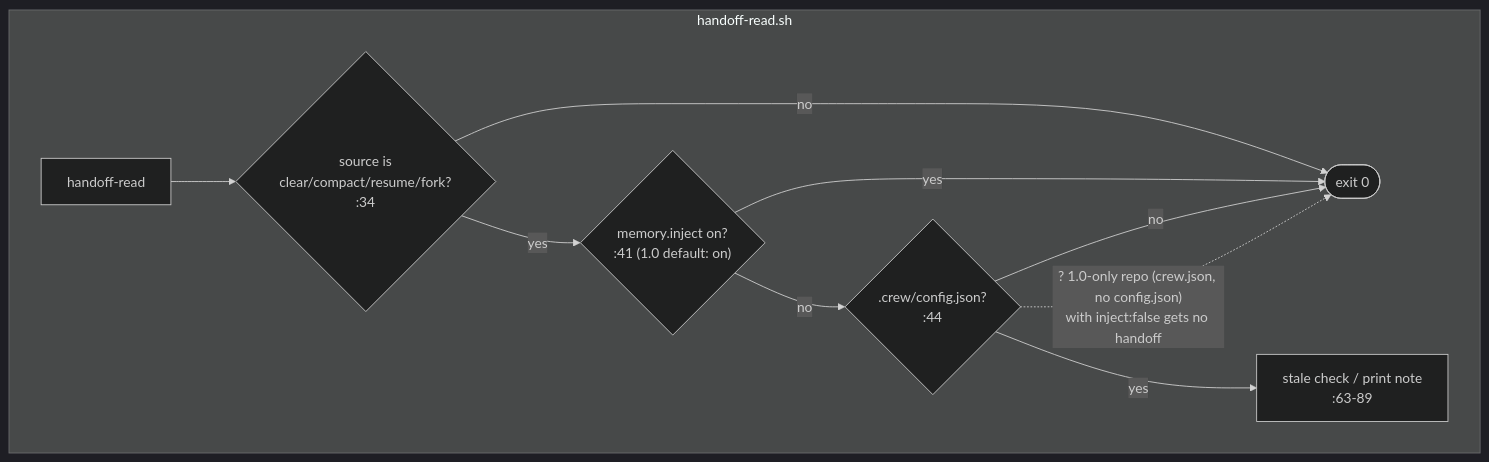
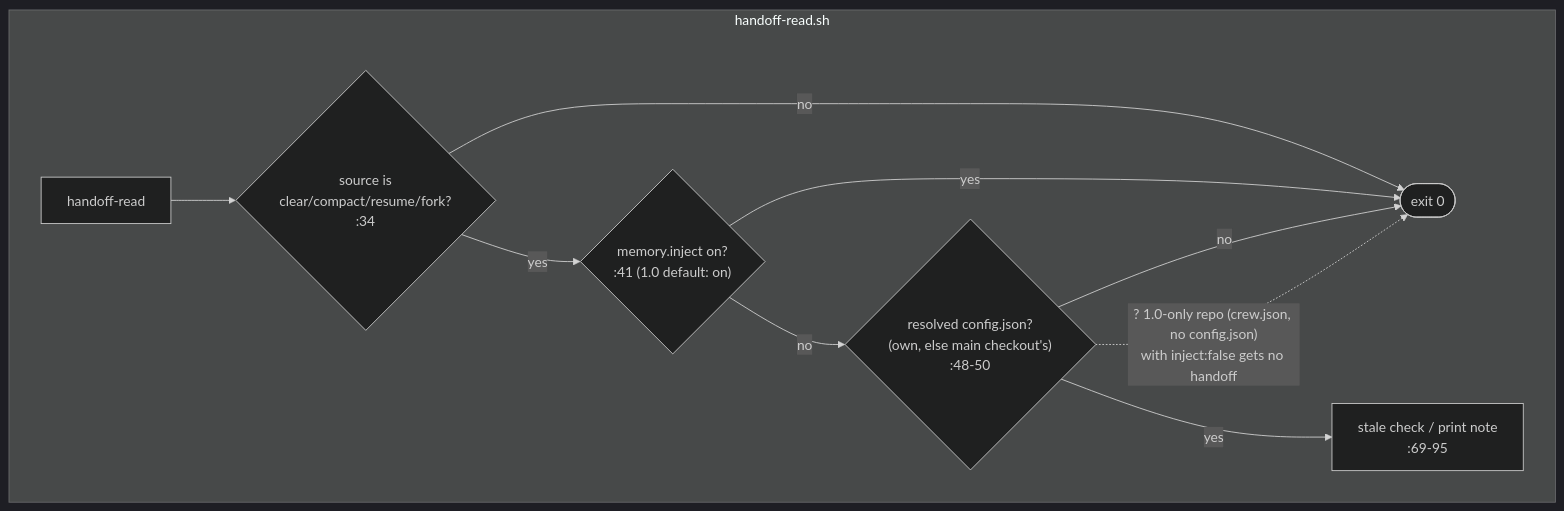
The diagram in docs/diagrams/process-crew-brief-handoff-read.mmd (mbadali25/useful-claude-add-ons), drawn with Mermaid (dark theme) before and after one commit. The commit also changed 22 other files, not shown here.

First line of the commit message:
L-0680: docs, verify rule, code map, diagrams, guide, graph; ticket folder removed (ships as code and CHANGELOG)

```diff
--- a/docs/diagrams/process-crew-brief-handoff-read.mmd
+++ b/docs/diagrams/process-crew-brief-handoff-read.mmd
@@ -1,23 +1,26 @@
 %% Generated from useful-claude-add-ons@a54ca704 on 2026-09-30. Verify before trusting.
 %% Anchors: plugin/crew/hooks/scripts/handoff-read.sh
 %% Purpose: The handoff-read SessionStart hook: the three checks that make it exit, and when it prints the handoff note. In crew 1.0 it usually exits, because crew-context delivers the note instead.
 %% Part of process-crew-brief.mmd (the overview, which keeps the re-anchoring history).
 %% handoff-read.sh:34 exits unless source is clear|compact|resume|fork;
 %%   :41 exits silently when memory.inject is on (the 1.0 default) - crew-context
-%%   delivers the handoff instead; :42 claim; :44 needs .crew/config.json.
-%% Dashed '?' edges: handoff-read reads only config.json (:44), never crew.json,
+%%   delivers the handoff instead; :42 claim; :48-50 needs the resolved config.json.
+%% Re-drawn for L-0680 on 2026-10-04: hr3 is the RESOLVED config.json (crew_repo_config_dir,
+%%   T-0096): a linked worktree with none of its own reads the main checkout's; own files win
+%%   whole; unknown reads only the own .crew/. A relative handoffPath still names a lane file.
+%% Dashed '?' edges: handoff-read reads only config.json (:50), never crew.json,
 %% so a 1.0-only repo with inject:false gets no handoff from either hook -
 %% traced in the sh flavour only; the ps1 body was not read past :241.
 flowchart TB
     HR[handoff-read]
     subgraph handoffRead["handoff-read.sh"]
         HR --> hr1{"source is<br/>clear/compact/resume/fork?<br/>:34"}
         hr1 -- no --> hrx([exit 0])
         hr1 -- yes --> hr2{"memory.inject on?<br/>:41 (1.0 default: on)"}
         hr2 -- yes --> hrx
-        hr2 -- no --> hr3{".crew/config.json?<br/>:44"}
+        hr2 -- no --> hr3{"resolved config.json?<br/>(own, else main checkout's)<br/>:48-50"}
         hr3 -- no --> hrx
-        hr3 -- yes --> hr4[stale check / print note<br/>:63-89]
+        hr3 -- yes --> hr4[stale check / print note<br/>:69-95]
     end
 
     hr3 -. "? 1.0-only repo (crew.json, no config.json)<br/>with inject:false gets no handoff" .-> hrx
```
